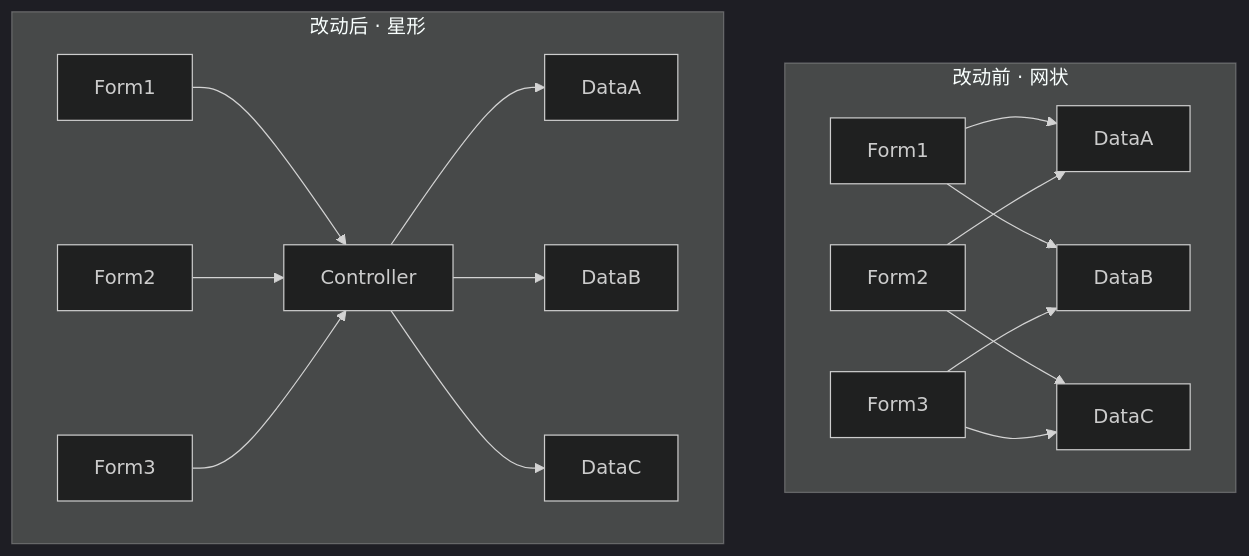
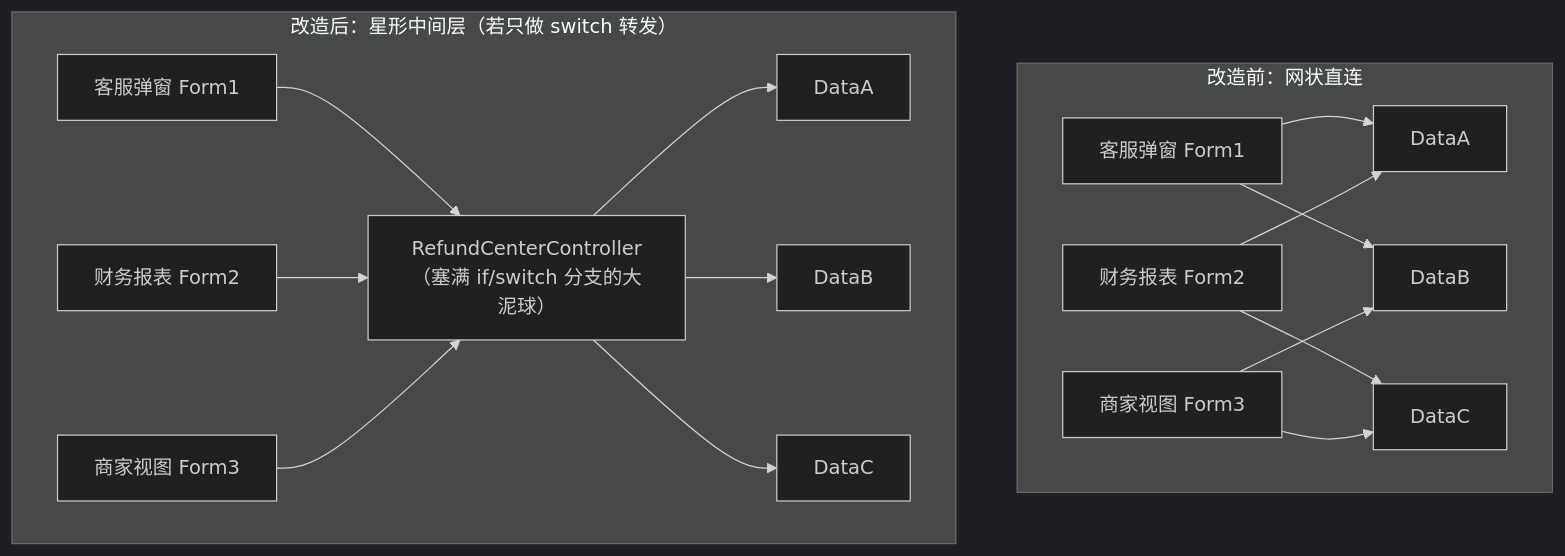
One commit to ffzz/blog changed the second of 2 diagrams in src/content/notes/zh/three-invisible-couplings.md. Above: the diagram before and after it, drawn with Mermaid (dark theme). The commit also changed other lines of this file and 16 other files, not shown here.

````diff
--- a/src/content/notes/zh/three-invisible-couplings.md
+++ b/src/content/notes/zh/three-invisible-couplings.md
@@ -138,21 +176,22 @@
 ```mermaid
 flowchart TB
-   subgraph B["改动前 · 网状"]
-     direction LR
-     F1["Form1"] --> D1["DataA"]
-     F1 --> D2["DataB"]
-     F2["Form2"] --> D1
-     F2 --> D3["DataC"]
-     F3["Form3"] --> D2
-     F3 --> D3
-   end
-   subgraph A["改动后 · 星形"]
-     direction LR
-     G1["Form1"] --> C["Controller"]
-     G2["Form2"] --> C
-     G3["Form3"] --> C
-     C --> E1["DataA"]
-     C --> E2["DataB"]
-     C --> E3["DataC"]
-   end
+    subgraph Mesh["改造前：网状直连"]
+        direction LR
+        F1["客服弹窗 Form1"] --> D1["DataA"]
+        F1 --> D2["DataB"]
+        F2["财务报表 Form2"] --> D1
+        F2 --> D3["DataC"]
+        F3["商家视图 Form3"] --> D2
+        F3 --> D3
+    end
+
+    subgraph Star["改造后：星形中间层（若只做 switch 转发）"]
+        direction LR
+        G1["客服弹窗 Form1"] --> C["RefundCenterController<br/>（塞满 if/switch 分支的大泥球）"]
+        G2["财务报表 Form2"] --> C
+        G3["商家视图 Form3"] --> C
+        C --> E1["DataA"]
+        C --> E2["DataB"]
+        C --> E3["DataC"]
+    end
 ```
````
